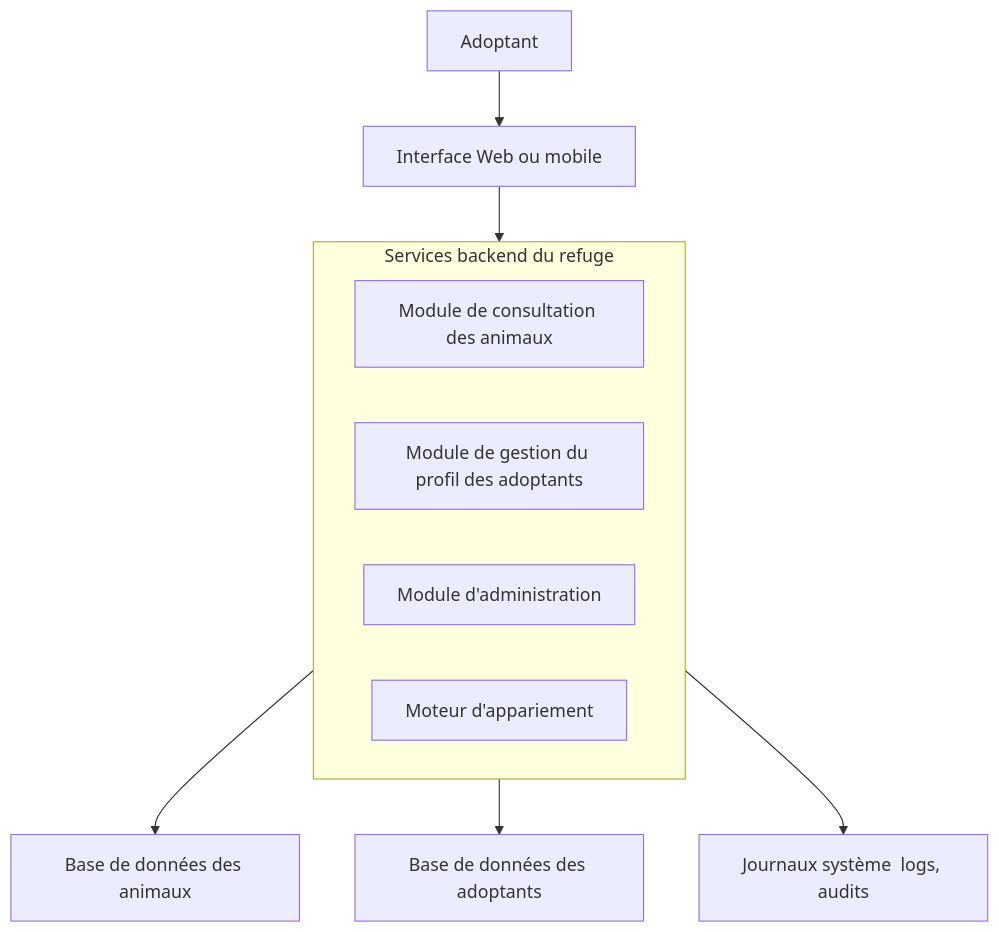
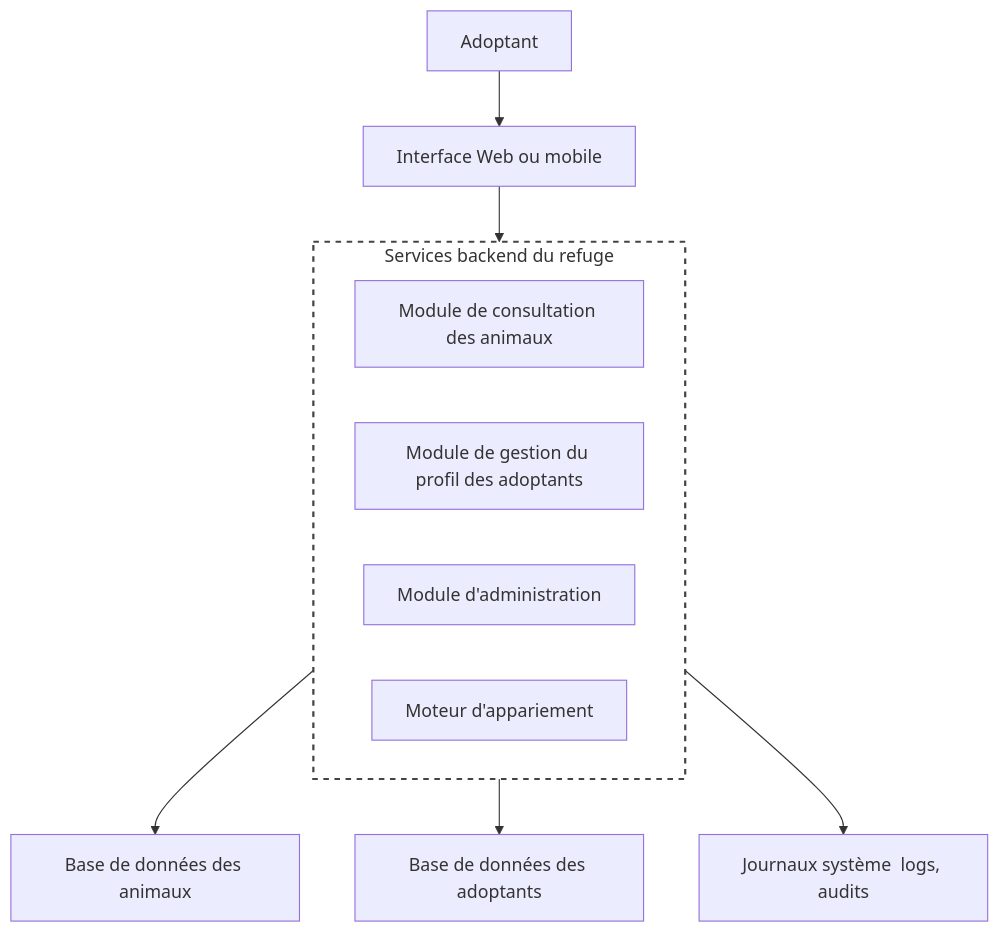
Before and after one commit to ophenix-maisonneuve/420-950-ma-site-web: the diagram in _exercices/seances4-5.md, drawn with Mermaid. The commit also changed 4 other files, not shown here.

````diff
--- a/_exercices/seances4-5.md
+++ b/_exercices/seances4-5.md
@@ -43,29 +43,31 @@
 ```mermaid
 flowchart TD
 
     Adoptant[Adoptant]
 
     %% --- Interface utilisateur ---
     UI[Interface Web ou mobile]
 
     %% --- Couche logique ---
     subgraph APP[Services backend du refuge]
         P1[Module de consultation des animaux]
         P2[Module de gestion du profil des adoptants]
         P3[Module d'administration]
         P4[Moteur d'appariement]
     end
 
     %% --- Stockages ---
     DB1[Base de données des animaux]
     DB2[Base de données des adoptants]
     DB3[Journaux système  logs, audits]
 
     %% --- Liens conceptuels (pas des flux détaillés) ---
     Adoptant --> UI
     UI --> APP
 
     APP --> DB1
     APP --> DB2
     APP --> DB3
+
+    style APP fill:none,stroke-dasharray: 5 5, stroke-width:2px, stroke:#444
 ```
````
